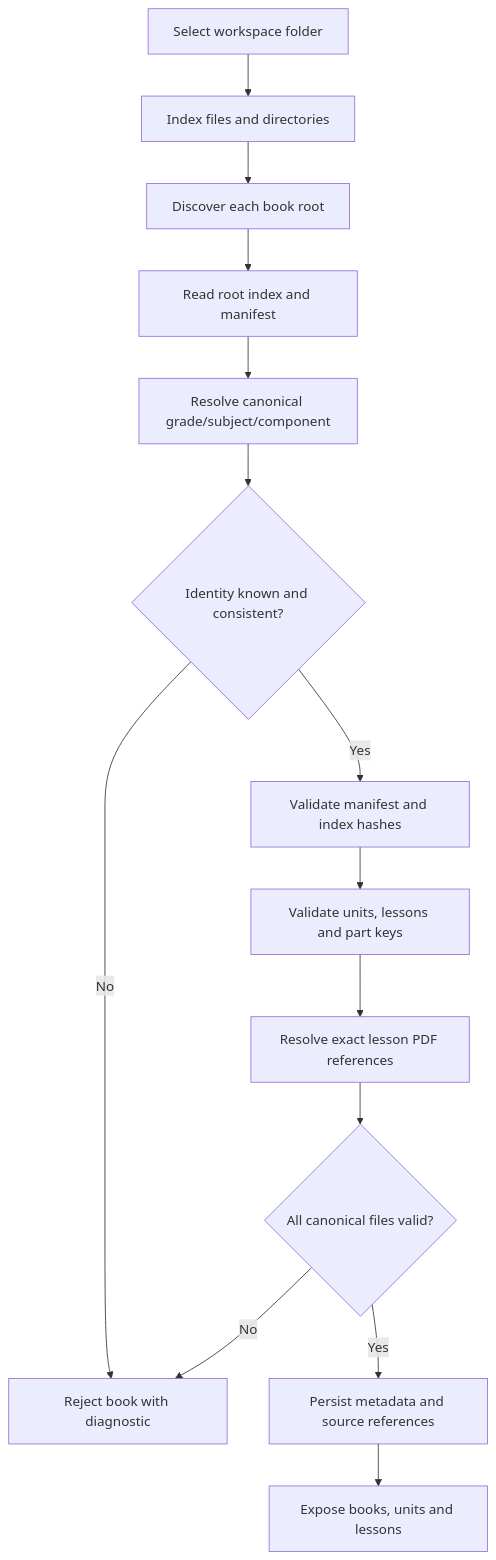
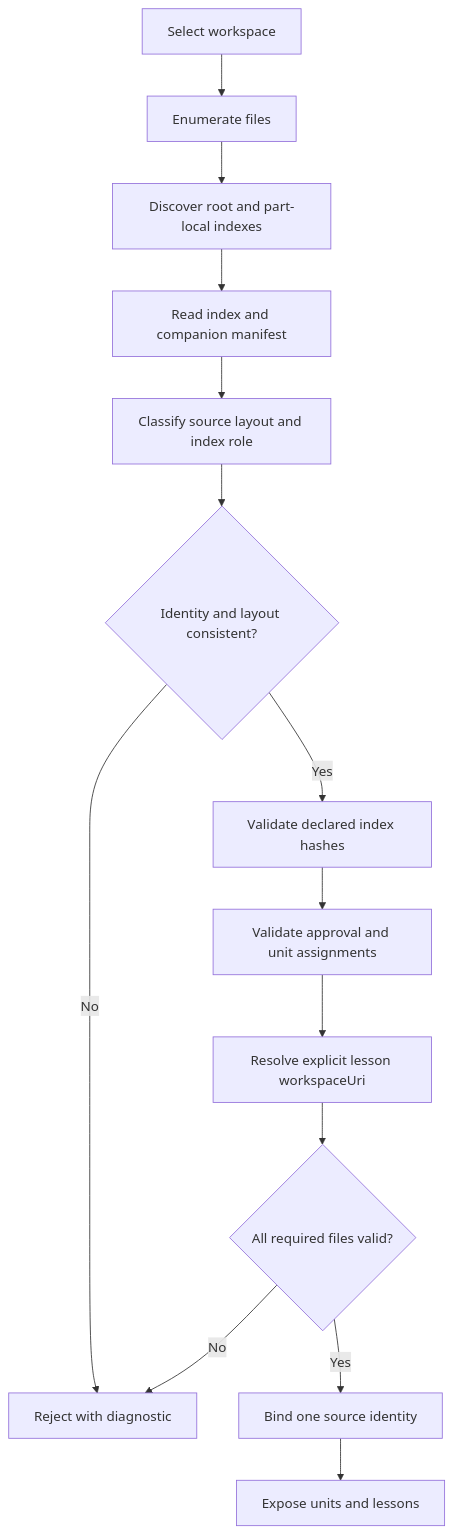
Before and after one commit to ameryhusam/ai_books: the diagram in docs/WORKSPACE_BINDING_AND_IMPORT_CONTRACT.md, drawn with Mermaid. The commit also changed other lines of this file, not shown here.

Commit message:
docs(workspace): align WORKSPACE_BINDING_AND_IMPORT_CONTRACT.md with Indexer2 layout contract

````diff
--- a/docs/WORKSPACE_BINDING_AND_IMPORT_CONTRACT.md
+++ b/docs/WORKSPACE_BINDING_AND_IMPORT_CONTRACT.md
@@ -90,16 +128,16 @@
 ```mermaid
 flowchart TD
-    A[Select workspace folder] --> B[Index files and directories]
-    B --> C[Discover each book root]
-    C --> D[Read root index and manifest]
-    D --> E[Resolve canonical grade/subject/component]
-    E --> F{Identity known and consistent?}
-    F -- No --> X[Reject book with diagnostic]
-    F -- Yes --> G[Validate manifest and index hashes]
-    G --> H[Validate units, lessons and part keys]
-    H --> I[Resolve exact lesson PDF references]
-    I --> J{All canonical files valid?}
-    J -- No --> X
-    J -- Yes --> K[Persist metadata and source references]
-    K --> L[Expose books, units and lessons]
+  A[Select workspace] --> B[Enumerate files]
+  B --> C[Discover root and part-local indexes]
+  C --> D[Read index and companion manifest]
+  D --> E[Classify source layout and index role]
+  E --> F{Identity and layout consistent?}
+  F -- No --> X[Reject with diagnostic]
+  F -- Yes --> G[Validate declared index hashes]
+  G --> H[Validate approval and unit assignments]
+  H --> I[Resolve explicit lesson workspaceUri]
+  I --> J{All required files valid?}
+  J -- No --> X
+  J -- Yes --> K[Bind one source identity]
+  K --> L[Expose units and lessons]
 ```
````
